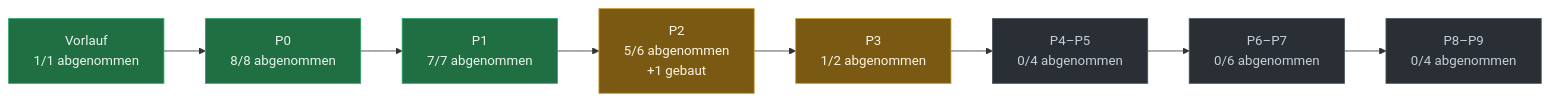
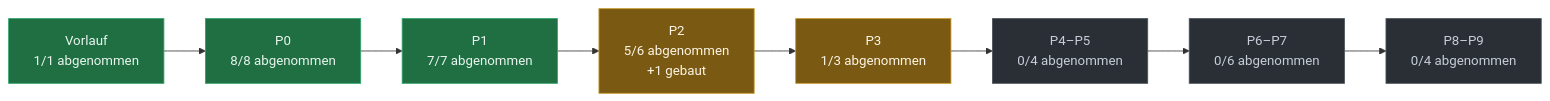
The diagram in docs/PLAN-STAND.md (evenacadia-tech/Nakama), drawn with Mermaid before and after one commit. The commit also changed other lines of this file, not shown here.

Commit message:
Planstand neu gerechnet: PR2 eingeplant, 22 von 39 abgenommen, Quellstand e846327

````diff
--- a/docs/PLAN-STAND.md
+++ b/docs/PLAN-STAND.md
@@ -38,21 +35,21 @@
 ```mermaid
 flowchart LR
   P0["Vorlauf<br/>1/1 abgenommen"]:::fertig
   P1["P0<br/>8/8 abgenommen"]:::fertig
   P0 --> P1
   P2["P1<br/>7/7 abgenommen"]:::fertig
   P1 --> P2
   P3["P2<br/>5/6 abgenommen<br/>+1 gebaut"]:::laeuft
   P2 --> P3
-  P4["P3<br/>1/2 abgenommen"]:::laeuft
+  P4["P3<br/>1/3 abgenommen"]:::laeuft
   P3 --> P4
   P5["P4–P5<br/>0/4 abgenommen"]:::offen
   P4 --> P5
   P6["P6–P7<br/>0/6 abgenommen"]:::offen
   P5 --> P6
   P7["P8–P9<br/>0/4 abgenommen"]:::offen
   P6 --> P7
   classDef fertig fill:#1f6f43,stroke:#2ea36a,color:#eaf6ef
   classDef laeuft fill:#7a5a12,stroke:#c99a2e,color:#fdf6e6
   classDef offen  fill:#2a2f36,stroke:#4a525c,color:#c7ced8
 ```
````
